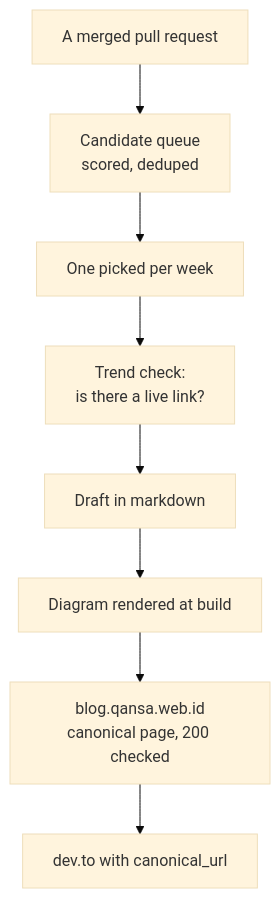
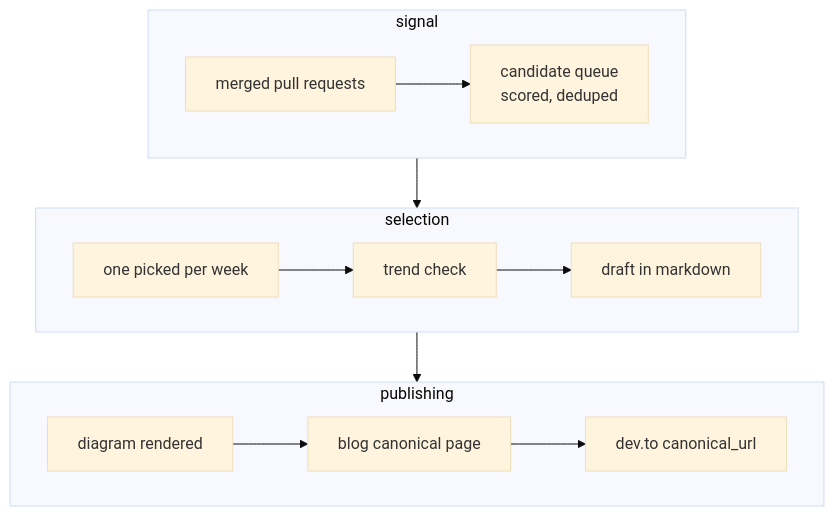
Before and after one commit to prascli/blog: the diagram in src/diagrams/why-this-blog-exists-0.mmd, drawn with Mermaid (base theme). The commit also changed 11 other files, not shown here.

Commit message:
Redraw the article diagrams for the column and pin patched dependencies

```diff
--- a/src/diagrams/why-this-blog-exists-0.mmd
+++ b/src/diagrams/why-this-blog-exists-0.mmd
@@ -1,8 +1,14 @@
 flowchart TB
-  PR["A merged pull request"] --> Q["Candidate queue<br/>scored, deduped"]
-  Q --> PICK["One picked per week"]
-  PICK --> TREND["Trend check:<br/>is there a live link?"]
-  TREND --> DRAFT["Draft in markdown"]
-  DRAFT --> FIG["Diagram rendered at build"]
-  FIG --> BLOG["blog.qansa.web.id<br/>canonical page, 200 checked"]
-  BLOG --> DEV["dev.to with canonical_url"]
+  subgraph IN["signal"]
+    direction LR
+    PR["merged pull requests"] --> Q["candidate queue<br/>scored, deduped"]
+  end
+  subgraph PICK["selection"]
+    direction LR
+    W["one picked per week"] --> T["trend check"] --> D["draft in markdown"]
+  end
+  subgraph OUT["publishing"]
+    direction LR
+    F["diagram rendered"] --> B["blog canonical page"] --> DEV["dev.to canonical_url"]
+  end
+  IN --> PICK --> OUT
```
